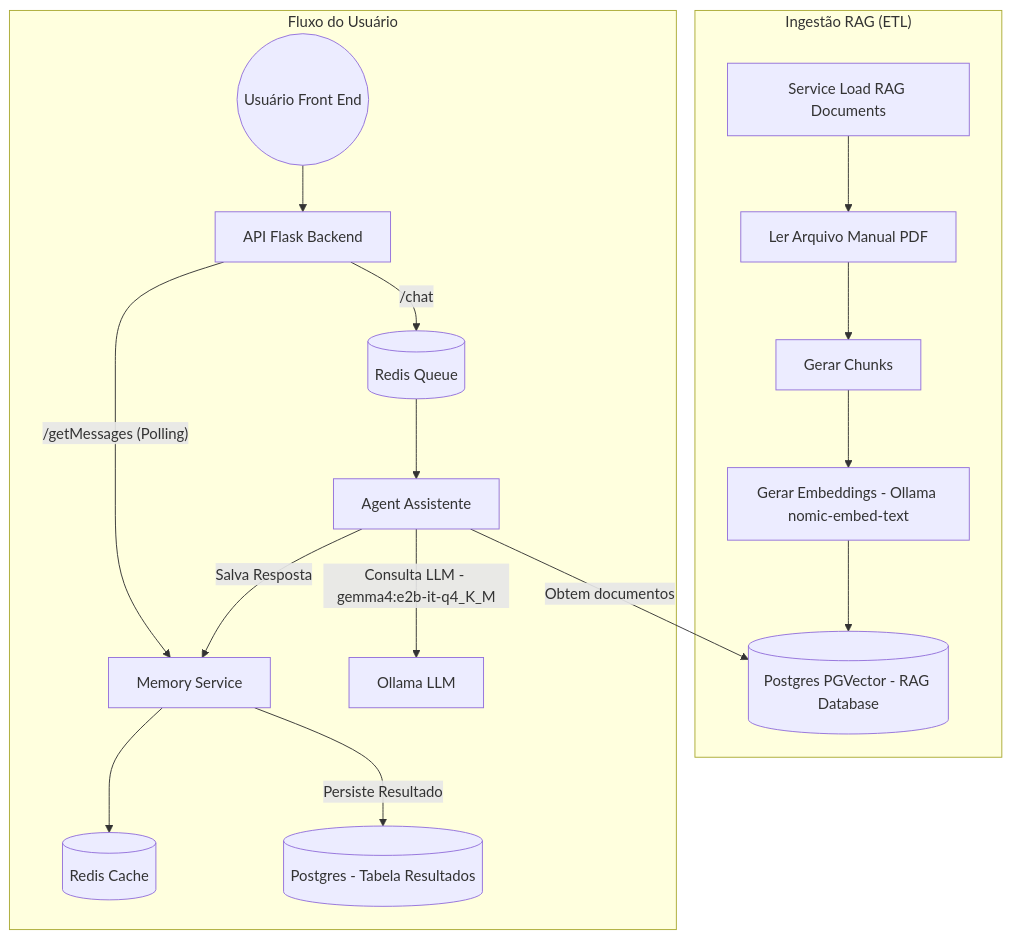
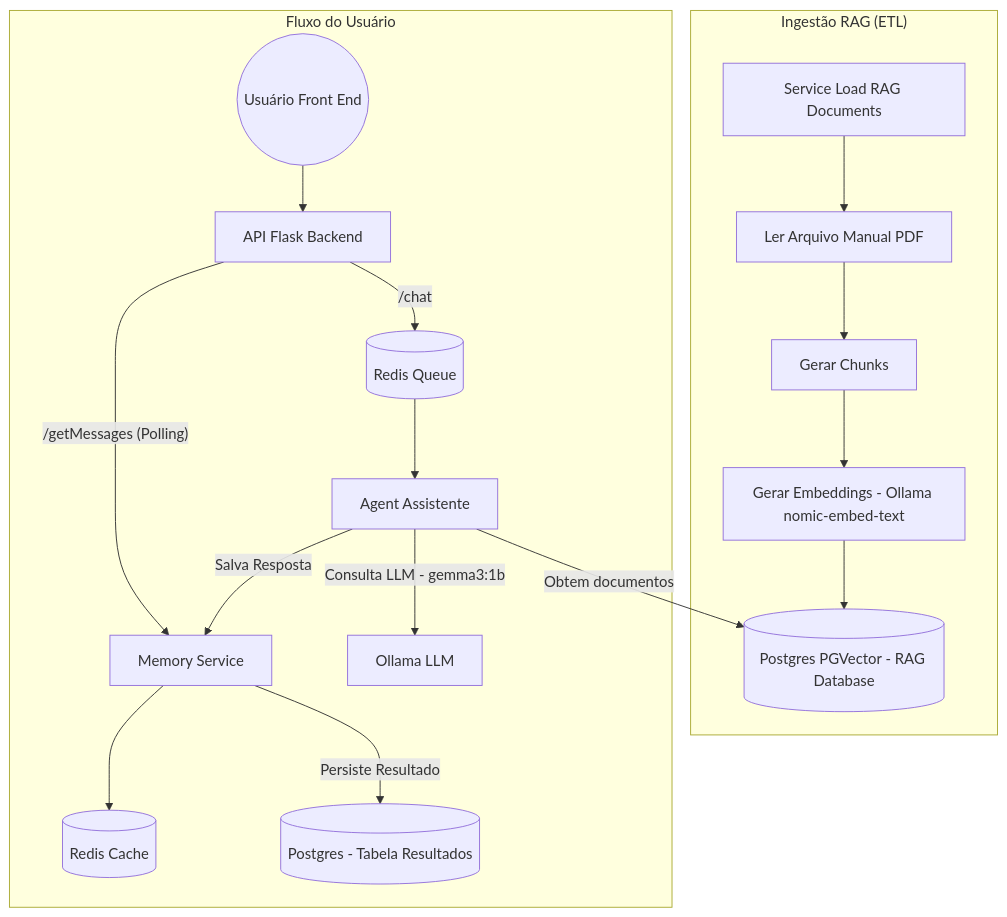
One commit to pablosls/agente_suporte changed the diagram in README.md. Above: the diagram before and after it, drawn with Mermaid. The commit also changed other lines of this file and 5 other files, not shown here.

````diff
--- a/README.md
+++ b/README.md
@@ -9,21 +9,21 @@
 ```mermaid
 graph TD
     subgraph "Ingestão RAG (ETL)"
         Loader[Service Load RAG Documents] --> Read[Ler Arquivo Manual PDF]
         Read --> Chunks[Gerar Chunks]
         Chunks --> Embed[Gerar Embeddings - Ollama nomic-embed-text]
         Embed --> VDB[(Postgres PGVector - RAG Database)]
     end
 
     subgraph "Fluxo do Usuário"
         User((Usuário Front End)) --> API[API Flask Backend]
         API -- "/chat" --> Queue[(Redis Queue)]
         Queue --> Agent[Agent Assistente]
         Agent -- "Obtem documentos" --> VDB
-        Agent -- "Consulta LLM - gemma4:e2b-it-q4_K_M" --> Ollama[Ollama LLM]
+        Agent -- "Consulta LLM - gemma3:1b" --> Ollama[Ollama LLM]
         Agent -- "Salva Resposta" --> Mem[Memory Service]
         Mem -- "Persiste Resultado" --> PDB[(Postgres - Tabela Resultados)]
         Mem --> Cache[(Redis Cache)]
         API -- "/getMessages (Polling)" --> Mem
     end
 ```
````
